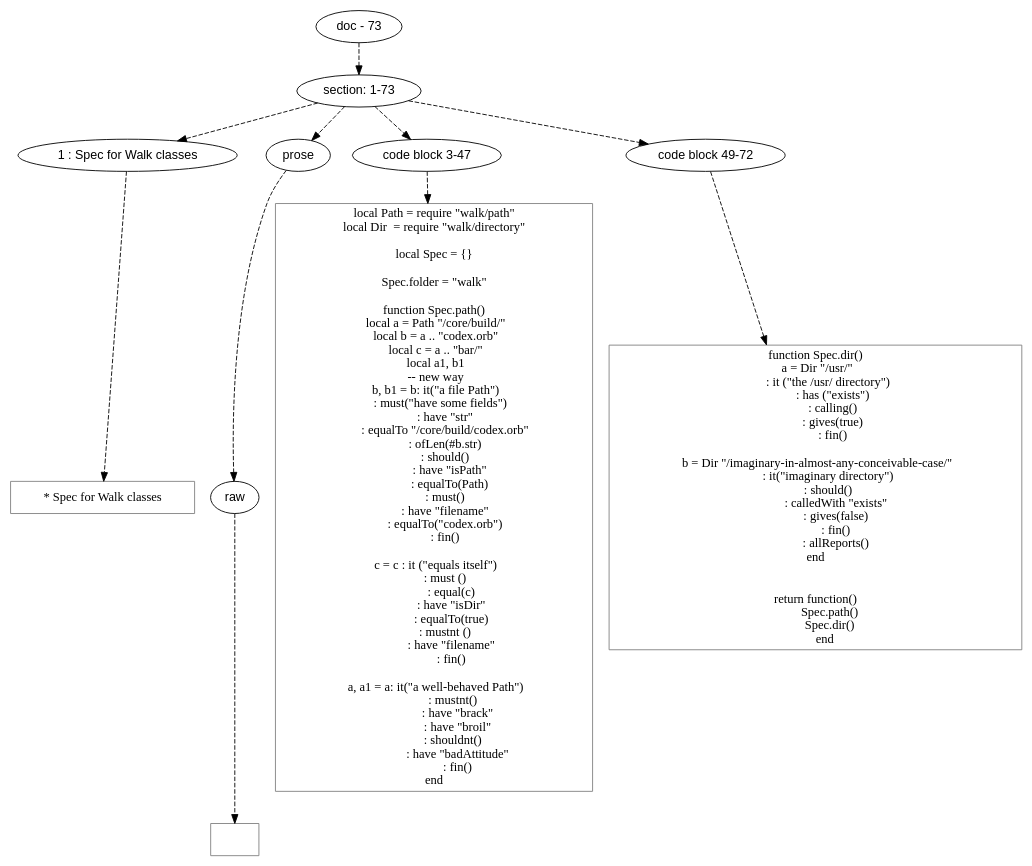
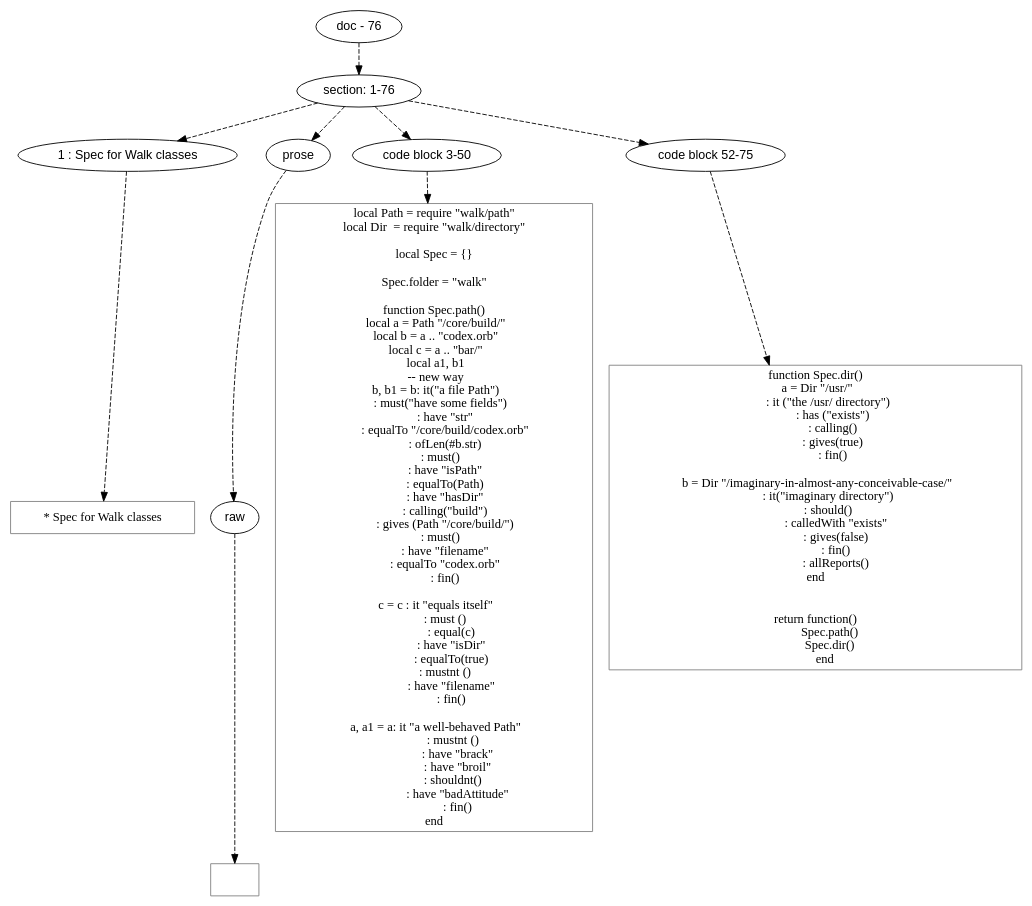
One commit to mnemnion/orb changed the diagram in doc/dot/spec/walk-spec.dot. Above: the diagram before and after it, drawn with Graphviz. The commit also changed 13 other files, not shown here.

```diff
--- a/doc/dot/spec/walk-spec.dot
+++ b/doc/dot/spec/walk-spec.dot
@@ -1,120 +1,123 @@
 digraph lpegNode {
 
 node [fontname=Helvetica]
 edge [style=dashed]
 
-doc_0 [label="doc - 73"]
+doc_0 [label="doc - 76"]
 
 
 doc_0 -> { section_1}
 {rank=same; section_1}
 
-section_1 [label="section: 1-73"]
+section_1 [label="section: 1-76"]
 
 
 // END RANK doc_0
 
 section_1 -> { header_2 prose_3 codeblock_4 codeblock_5}
 {rank=same; header_2 prose_3 codeblock_4 codeblock_5}
 
 header_2 [label="1 : Spec for Walk classes"]
 
 prose_3 [label="prose"]
 
-codeblock_4 [label="code block 3-47"]
+codeblock_4 [label="code block 3-50"]
 
-codeblock_5 [label="code block 49-72"]
+codeblock_5 [label="code block 52-75"]
 
 
 // END RANK section_1
 
 header_2 -> leaf_6
 leaf_6  [color=Gray,shape=rectangle,fontname=Inconsolata,label="* Spec for Walk classes"]
 // END RANK header_2
 
 prose_3 -> { raw_7}
 {rank=same; raw_7}
 
 raw_7 [label="raw"]
 
 
 // END RANK prose_3
 
 raw_7 -> leaf_8
 leaf_8  [color=Gray,shape=rectangle,fontname=Inconsolata,label="
 "]
 // END RANK raw_7
 
 codeblock_4 -> leaf_9
 leaf_9  [color=Gray,shape=rectangle,fontname=Inconsolata,label="local Path = require \"walk/path\"
 local Dir  = require \"walk/directory\"
 
 local Spec = {}
 
 Spec.folder = \"walk\"
 
 function Spec.path()
   local a = Path \"/core/build/\"
   local b = a .. \"codex.orb\"
   local c = a .. \"bar/\"
   local a1, b1
   -- new way
   b, b1 = b: it(\"a file Path\")
      : must(\"have some fields\")
         : have \"str\"
         : equalTo \"/core/build/codex.orb\"
         : ofLen(#b.str)
-        : should()
-           : have \"isPath\"
-           : equalTo(Path)
-        : must()
+     : must()
+        : have \"isPath\"
+        : equalTo(Path)
+        : have \"hasDir\"
+        : calling(\"build\")
+        : gives (Path \"/core/build/\")
+     : must()
         : have \"filename\"
-        : equalTo(\"codex.orb\")
+        : equalTo \"codex.orb\"
         : fin()
 
-  c = c : it (\"equals itself\")
+  c = c : it \"equals itself\"
         : must ()
             : equal(c)
             : have \"isDir\"
             : equalTo(true)
         : mustnt ()
             : have \"filename\"
             : fin()
 
-  a, a1 = a: it(\"a well-behaved Path\")
-             : mustnt()
+  a, a1 = a: it \"a well-behaved Path\"
+             : mustnt ()
                 : have \"brack\"
                 : have \"broil\"
              : shouldnt()
                 : have \"badAttitude\"
                 : fin()
 end"]
 // END RANK codeblock_4
 
 codeblock_5 -> leaf_10
 leaf_10  [color=Gray,shape=rectangle,fontname=Inconsolata,label="function Spec.dir()
   a = Dir \"/usr/\"
          : it (\"the /usr/ directory\")
             : has (\"exists\")
             : calling()
             : gives(true)
             : fin()
 
   b = Dir \"/imaginary-in-almost-any-conceivable-case/\"
          : it(\"imaginary directory\")
          : should()
               : calledWith \"exists\"
               : gives(false)
               : fin()
               : allReports()
 end
 
 
 return function()
           Spec.path()
           Spec.dir()
        end"]
 // END RANK codeblock_5
 
 
 }
```
